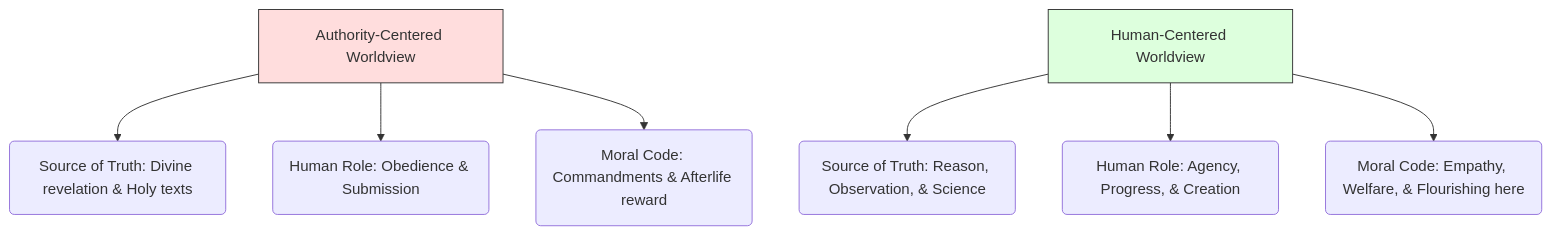
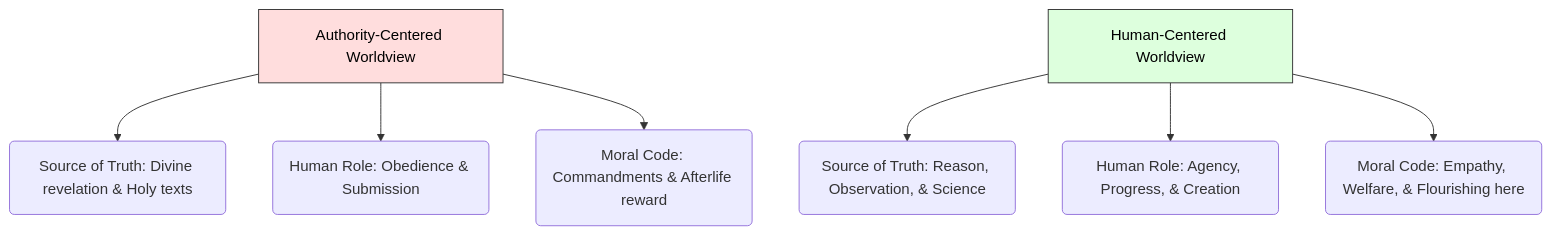
Before and after one commit to AtlasRoX/everything101: the diagram in humanities-finance-society/Philosophy/Humanism101.md, drawn with Mermaid. The commit also changed 27 other files, not shown here.

````diff
--- a/humanities-finance-society/Philosophy/Humanism101.md
+++ b/humanities-finance-society/Philosophy/Humanism101.md
@@ -19,13 +19,13 @@
 ```mermaid
 graph TD
     SubA[Authority-Centered Worldview] --> A1("Source of Truth: Divine revelation & Holy texts")
     SubA --> A2("Human Role: Obedience & Submission")
     SubA --> A3("Moral Code: Commandments & Afterlife reward")
     
     SubH[Human-Centered Worldview] --> H1("Source of Truth: Reason, Observation, & Science")
     SubH --> H2("Human Role: Agency, Progress, & Creation")
     SubH --> H3("Moral Code: Empathy, Welfare, & Flourishing here")
     
-    style SubA fill:#fdd,stroke:#333
-    style SubH fill:#dfd,stroke:#333
+    style SubA fill:#fdd,stroke:#333,color:#000
+    style SubH fill:#dfd,stroke:#333,color:#000
 ```
````
